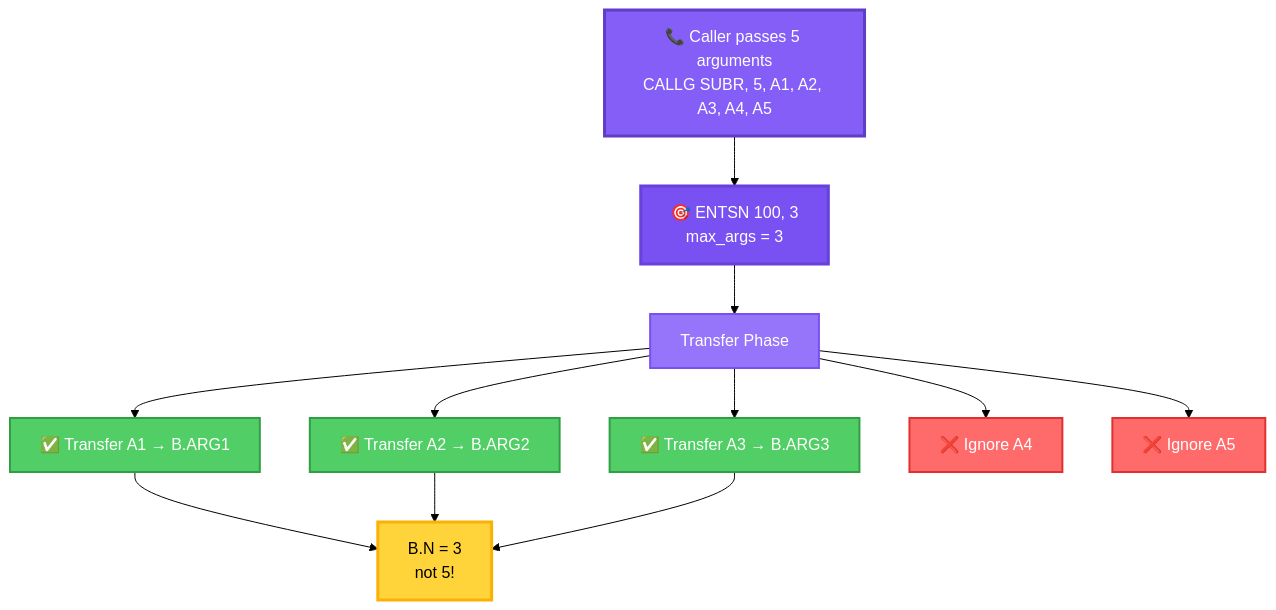
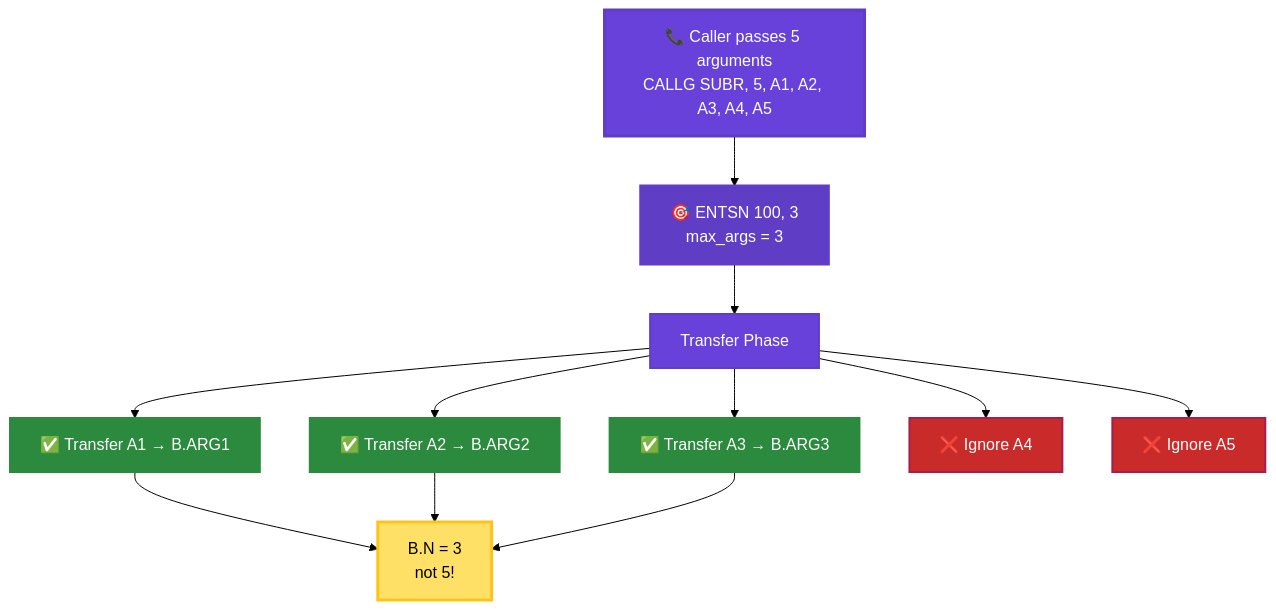
Diagram 16 of 25 in docs/CALL_and_ENTRY_Points_Explained.md (RetroCoreLabs/nd500x), drawn with Mermaid (forest theme) before and after one commit. The commit also changed other lines of this file, not shown here.

First line of the commit message:
docs: Make Mermaid diagrams WCAG 2.1 Level AA compliant (EAA 2025)

````diff
--- a/docs/CALL_and_ENTRY_Points_Explained.md
+++ b/docs/CALL_and_ENTRY_Points_Explained.md
@@ -727,28 +727,28 @@
 ```mermaid
 flowchart TD
     Caller["📞 Caller passes 5 arguments<br/>CALLG SUBR, 5, A1, A2, A3, A4, A5"]
 
     Caller --> Entry["🎯 ENTSN 100, 3<br/>max_args = 3"]
 
     Entry --> Transfer[Transfer Phase]
 
     Transfer --> T1["✅ Transfer A1 → B.ARG1"]
     Transfer --> T2["✅ Transfer A2 → B.ARG2"]
     Transfer --> T3["✅ Transfer A3 → B.ARG3"]
     Transfer --> T4["❌ Ignore A4"]
     Transfer --> T5["❌ Ignore A5"]
 
     T1 --> Result["B.N = 3<br/>not 5!"]
     T2 --> Result
     T3 --> Result
 
-    style Caller fill:#845ef7,stroke:#5f3dc4,stroke-width:3px,color:#fff
-    style Entry fill:#7950f2,stroke:#6741d9,stroke-width:3px,color:#fff
-    style Transfer fill:#9775fa,stroke:#7950f2,stroke-width:2px,color:#fff
-    style T1 fill:#51cf66,stroke:#2f9e44,stroke-width:2px,color:#fff
-    style T2 fill:#51cf66,stroke:#2f9e44,stroke-width:2px,color:#fff
-    style T3 fill:#51cf66,stroke:#2f9e44,stroke-width:2px,color:#fff
-    style T4 fill:#ff6b6b,stroke:#e03131,stroke-width:2px,color:#fff
-    style T5 fill:#ff6b6b,stroke:#e03131,stroke-width:2px,color:#fff
-    style Result fill:#ffd43b,stroke:#fab005,stroke-width:3px,color:#000
+    style Caller fill:#6741d9,stroke:#5f3dc4,stroke-width:3px,color:#fff
+    style Entry fill:#5f3dc4,stroke:#5f3dc4,stroke-width:3px,color:#fff
+    style Transfer fill:#6741d9,stroke:#5f3dc4,stroke-width:2px,color:#fff
+    style T1 fill:#2b8a3e,stroke:#2b8a3e,stroke-width:2px,color:#fff
+    style T2 fill:#2b8a3e,stroke:#2b8a3e,stroke-width:2px,color:#fff
+    style T3 fill:#2b8a3e,stroke:#2b8a3e,stroke-width:2px,color:#fff
+    style T4 fill:#c92a2a,stroke:#a61e4d,stroke-width:2px,color:#fff
+    style T5 fill:#c92a2a,stroke:#a61e4d,stroke-width:2px,color:#fff
+    style Result fill:#ffe066,stroke:#fcc419,stroke-width:3px,color:#000
 ```
````
